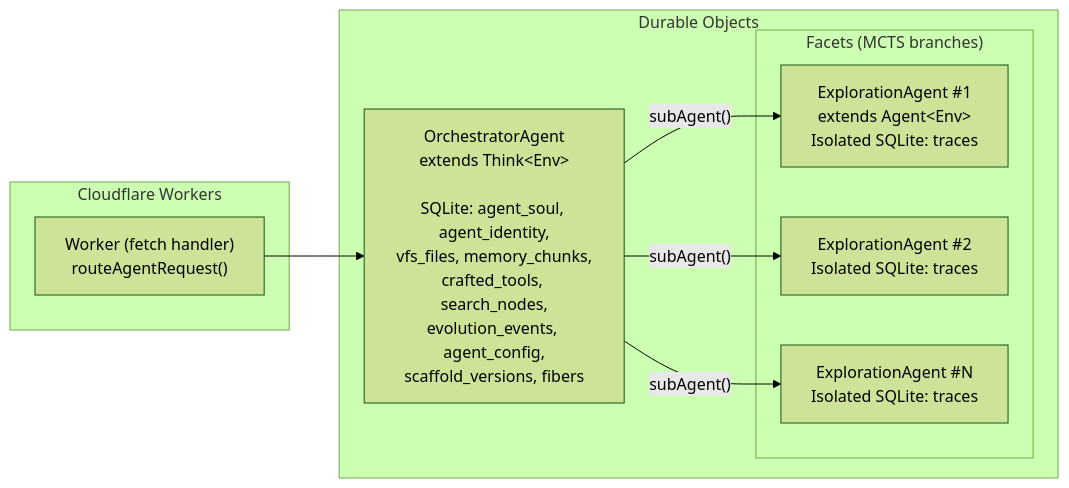
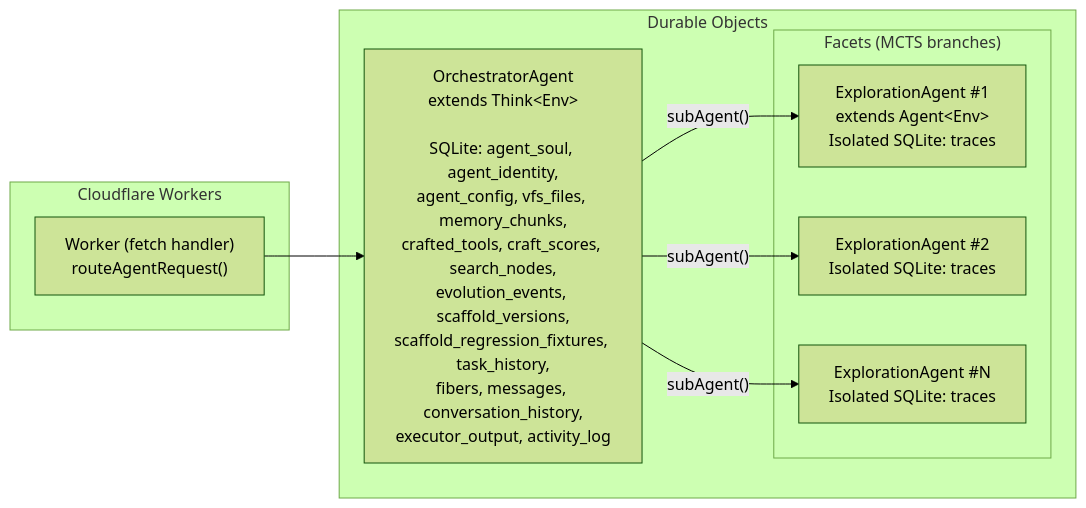
One commit to AshishKumar4/Proteus changed the third of 3 diagrams in docs/ARCHITECTURE.md. Above: the diagram before and after it, drawn with Mermaid (forest theme). The commit also changed other lines of this file and 9 other files, not shown here.

````diff
--- a/docs/ARCHITECTURE.md
+++ b/docs/ARCHITECTURE.md
@@ -76,21 +142,21 @@
 ```mermaid
 graph LR
     subgraph "Cloudflare Workers"
         Worker["Worker (fetch handler)<br/>routeAgentRequest()"]
     end
 
     subgraph "Durable Objects"
-        Orch["OrchestratorAgent<br/>extends Think&lt;Env&gt;<br/><br/>SQLite: agent_soul, agent_identity,<br/>vfs_files, memory_chunks,<br/>crafted_tools, search_nodes,<br/>evolution_events, agent_config,<br/>scaffold_versions, fibers"]
+        Orch["OrchestratorAgent<br/>extends Think&lt;Env&gt;<br/><br/>SQLite: agent_soul, agent_identity,<br/>agent_config, vfs_files, memory_chunks,<br/>crafted_tools, craft_scores, search_nodes,<br/>evolution_events, scaffold_versions,<br/>scaffold_regression_fixtures, task_history,<br/>fibers, messages, conversation_history,<br/>executor_output, activity_log"]
 
         subgraph "Facets (MCTS branches)"
             E1["ExplorationAgent #1<br/>extends Agent&lt;Env&gt;<br/>Isolated SQLite: traces"]
             E2["ExplorationAgent #2<br/>Isolated SQLite: traces"]
             E3["ExplorationAgent #N<br/>Isolated SQLite: traces"]
         end
     end
 
     Worker --> Orch
     Orch -->|"subAgent()"| E1
     Orch -->|"subAgent()"| E2
     Orch -->|"subAgent()"| E3
 ```
````
